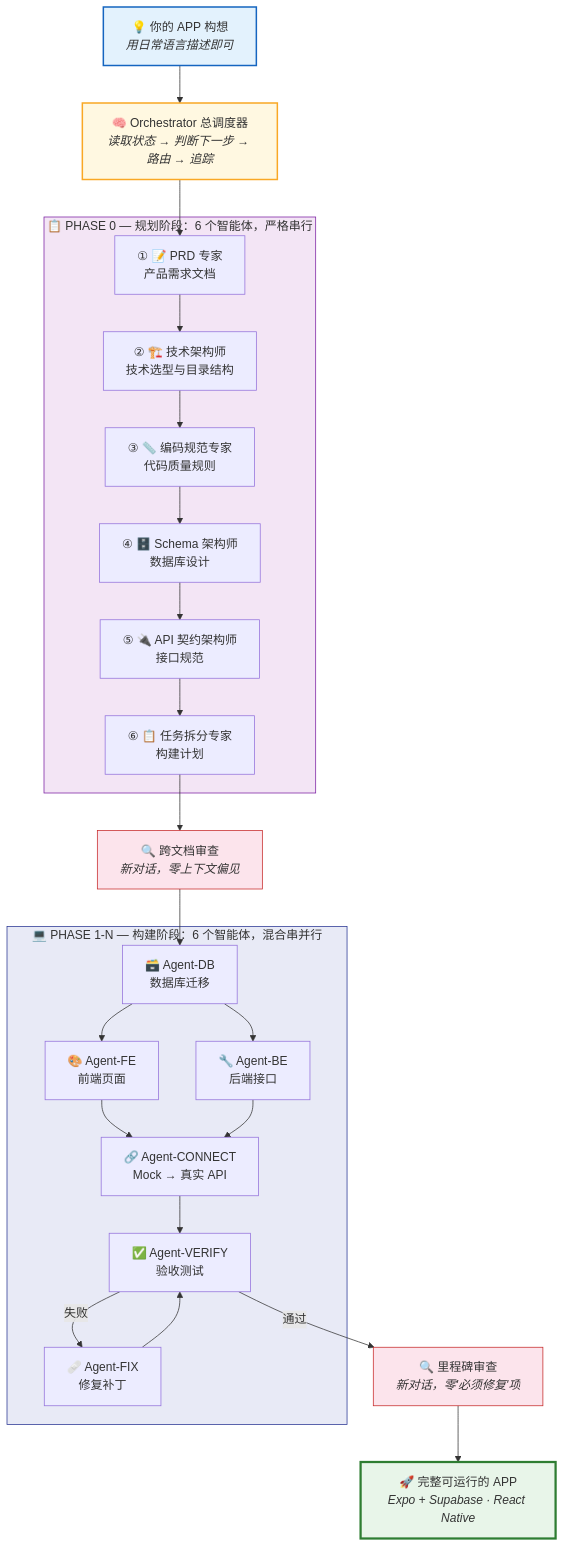
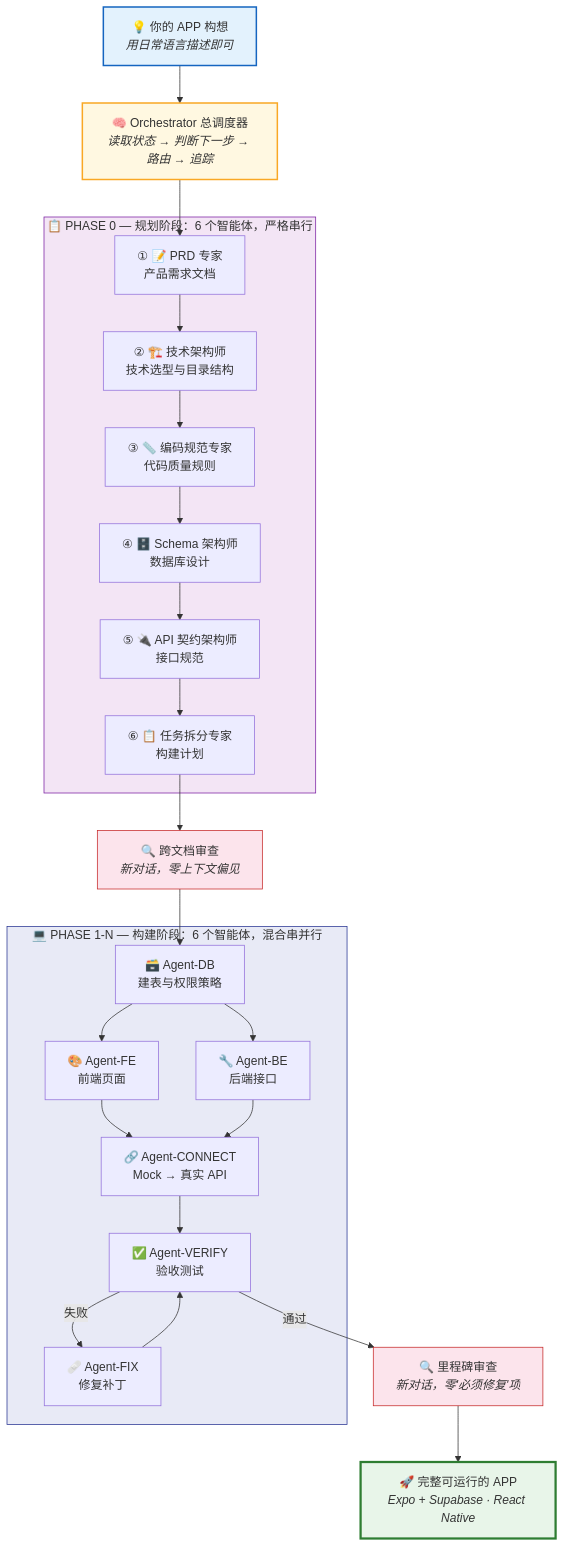
The diagram in README_CN.md (withai2025/agents), drawn with Mermaid before and after one commit. The commit also changed 1 other file, not shown here.

Commit message:
Fix Agent-DB description: "Run Migrations" → "Create Tables + RLS"
Agent-DB doesn't just run pre-written migrations — it takes the schema
design and implements it in Supabase: creates tables, configures RLS
policies, sets up indexes and sync strategies.

````diff
--- a/README_CN.md
+++ b/README_CN.md
@@ -46,58 +46,58 @@
 ```mermaid
 graph TB
     INPUT["💡 你的 APP 构想<br/><i>用日常语言描述即可</i>"]
 
     ORCH["🧠 Orchestrator 总调度器<br/><i>读取状态 → 判断下一步 → 路由 → 追踪</i>"]
 
     INPUT --> ORCH
 
     subgraph PHASE0["📋 PHASE 0 — 规划阶段：6 个智能体，严格串行"]
         P0_1["① 📝 PRD 专家<br/>产品需求文档"] -->
         P0_2["② 🏗️ 技术架构师<br/>技术选型与目录结构"] -->
         P0_3["③ 📏 编码规范专家<br/>代码质量规则"] -->
         P0_4["④ 🗄️ Schema 架构师<br/>数据库设计"] -->
         P0_5["⑤ 🔌 API 契约架构师<br/>接口规范"] -->
         P0_6["⑥ 📋 任务拆分专家<br/>构建计划"]
     end
 
     ORCH --> P0_1
 
     REVIEW0["🔍 跨文档审查<br/><i>新对话，零上下文偏见</i>"]
 
     P0_6 --> REVIEW0
 
     subgraph PHASE1["💻 PHASE 1-N — 构建阶段：6 个智能体，混合串并行"]
-        P1_DB["🗃️ Agent-DB<br/>数据库迁移"]
+        P1_DB["🗃️ Agent-DB<br/>建表与权限策略"]
         P1_FE["🎨 Agent-FE<br/>前端页面"]
         P1_BE["🔧 Agent-BE<br/>后端接口"]
         P1_CONNECT["🔗 Agent-CONNECT<br/>Mock → 真实 API"]
         P1_VERIFY["✅ Agent-VERIFY<br/>验收测试"]
         P1_FIX["🩹 Agent-FIX<br/>修复补丁"]
 
         P1_DB --> P1_FE
         P1_DB --> P1_BE
         P1_FE --> P1_CONNECT
         P1_BE --> P1_CONNECT
         P1_CONNECT --> P1_VERIFY
         P1_VERIFY -- "失败" --> P1_FIX
         P1_FIX --> P1_VERIFY
     end
 
     REVIEW0 --> P1_DB
 
     REVIEW1["🔍 里程碑审查<br/><i>新对话，零'必须修复'项</i>"]
 
     P1_VERIFY -- "通过" --> REVIEW1
 
     DONE["🚀 完整可运行的 APP<br/><i>Expo + Supabase · React Native</i>"]
 
     REVIEW1 --> DONE
 
     style INPUT fill:#e3f2fd,stroke:#1565c0,stroke-width:2px
     style ORCH fill:#fff8e1,stroke:#f9a825,stroke-width:2px
     style DONE fill:#e8f5e9,stroke:#2e7d32,stroke-width:3px
     style PHASE0 fill:#f3e5f5,stroke:#7b1fa2
     style PHASE1 fill:#e8eaf6,stroke:#283593
     style REVIEW0 fill:#fce4ec,stroke:#c62828
     style REVIEW1 fill:#fce4ec,stroke:#c62828
 ```
````
